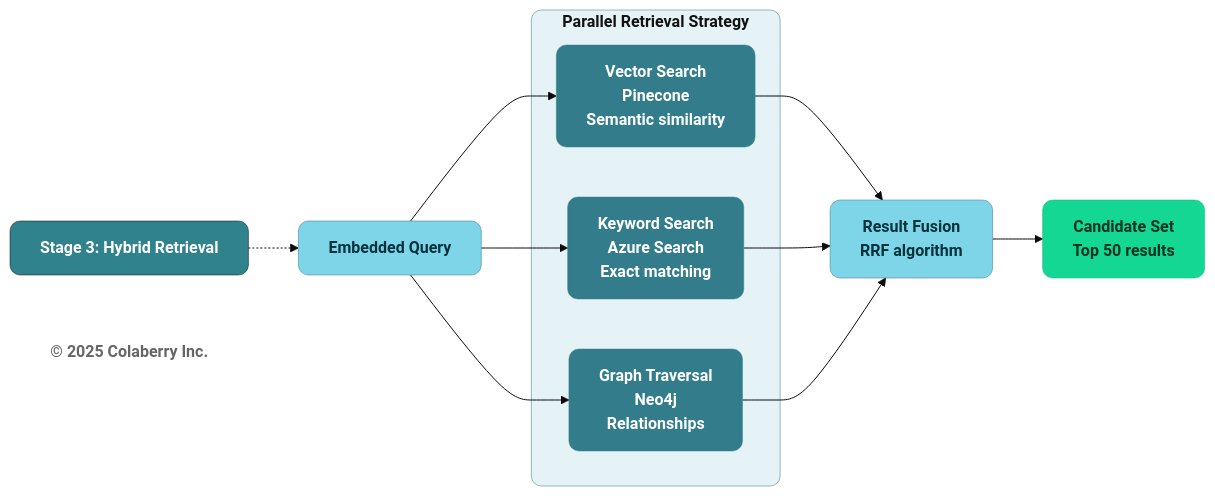
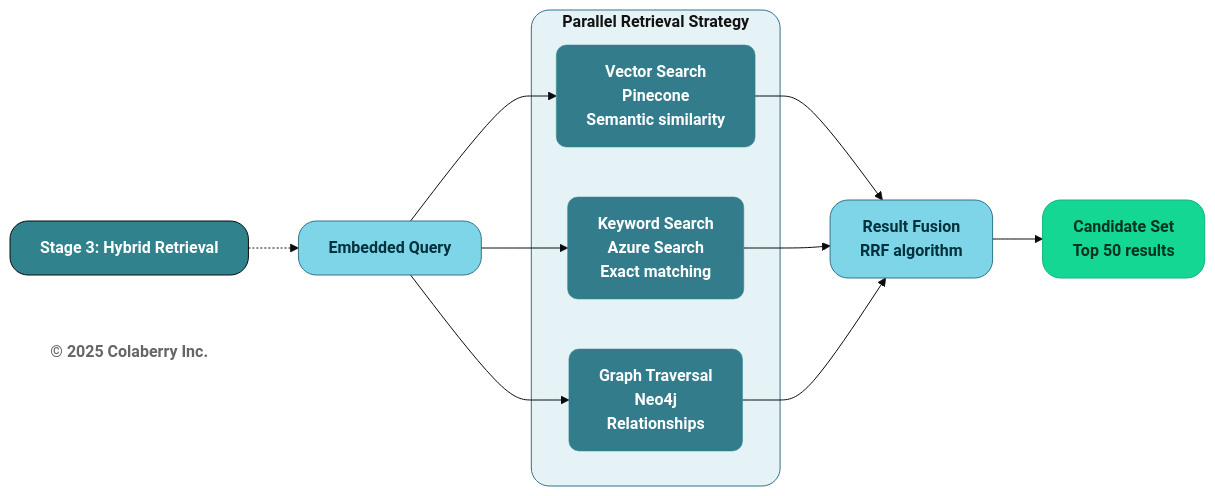
Before and after one commit to saitejesh-cyber/trust-before-intelligence-book: the eighth of 13 diagrams in manuscript/06_chapter_5_intelligence_layers.md, drawn with Mermaid (base theme). The commit also changed other lines of this file and 12 other files, not shown here.

````diff
--- a/manuscript/06_chapter_5_intelligence_layers.md
+++ b/manuscript/06_chapter_5_intelligence_layers.md
@@ -670,37 +670,37 @@
 ```mermaid
 graph LR
     TITLE["<b>Stage 3: Hybrid Retrieval</b>"]
     
     Q["<b>Embedded Query</b>"]
     
     subgraph parallel["<b>Parallel Retrieval Strategy</b>"]
         VEC["<b>Vector Search</b><br/><b>Pinecone</b><br/><b>Semantic similarity</b>"]
         KEY["<b>Keyword Search</b><br/><b>Azure Search</b><br/><b>Exact matching</b>"]
         GRAPH["<b>Graph Traversal</b><br/><b>Neo4j</b><br/><b>Relationships</b>"]
     end
     
     MERGE["<b>Result Fusion</b><br/><b>RRF algorithm</b>"]
     
     OUT["<b>Candidate Set</b><br/><b>Top 50 results</b>"]
     
     TITLE -.-> Q
     Q --> VEC
     Q --> KEY
     Q --> GRAPH
     VEC --> MERGE
     KEY --> MERGE
     GRAPH --> MERGE
     MERGE --> OUT
     
     Copyright["<b>© 2025 Colaberry Inc.</b>"]
     
-    style TITLE fill:#30838C,color:#ffffff,stroke:#0D0D0D,stroke-width:0.5px,rx:10,ry:10
-    style Q fill:#7FD5E8,stroke:#32738C,stroke-width:0.5px,color:#00323D,rx:10,ry:10
-    style parallel fill:#E6F3F6,stroke:#32738C,stroke-width:0.5px,color:#121212,rx:10,ry:10
+    style TITLE fill:#30838C,color:#ffffff,stroke:#0D0D0D,stroke-width:1px,rx:18,ry:18
+    style Q fill:#7FD5E8,stroke:#32738C,stroke-width:1px,color:#00323D,rx:18,ry:18
+    style parallel fill:#E6F3F6,stroke:#32738C,stroke-width:1px,color:#121212,rx:18,ry:18
     style VEC fill:#327C8C,stroke:#30838C,stroke-width:0.5px,color:#ffffff,rx:10,ry:10
     style KEY fill:#327C8C,stroke:#30838C,stroke-width:0.5px,color:#ffffff,rx:10,ry:10
     style GRAPH fill:#327C8C,stroke:#30838C,stroke-width:0.5px,color:#ffffff,rx:10,ry:10
-    style MERGE fill:#7FD5E8,stroke:#32738C,stroke-width:0.5px,color:#00323D,rx:10,ry:10
-    style OUT fill:#14D793,color:#003322,stroke:#0FB67D,stroke-width:0.5px,rx:10,ry:10
+    style MERGE fill:#7FD5E8,stroke:#32738C,stroke-width:1px,color:#00323D,rx:18,ry:18
+    style OUT fill:#14D793,color:#003322,stroke:#0FB67D,stroke-width:1px,rx:18,ry:18
     style Copyright fill:none,stroke:none,color:#666666
 ```
````
